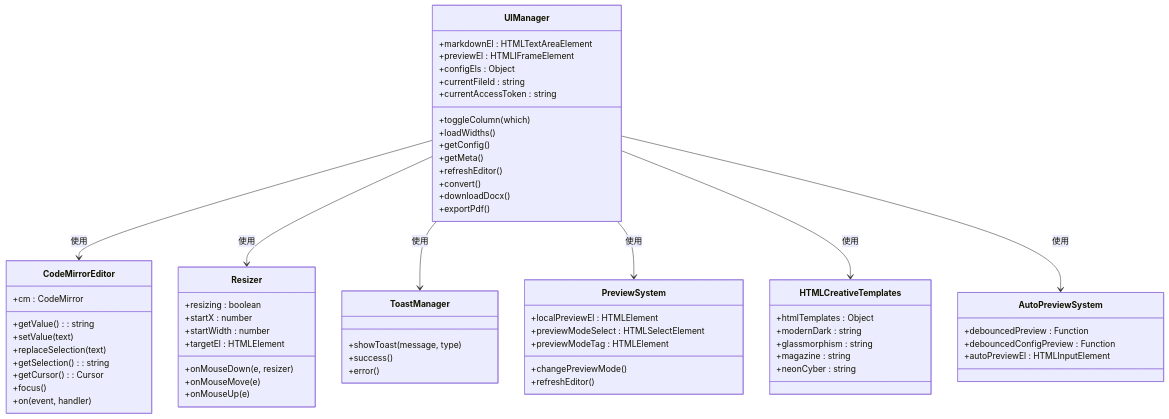
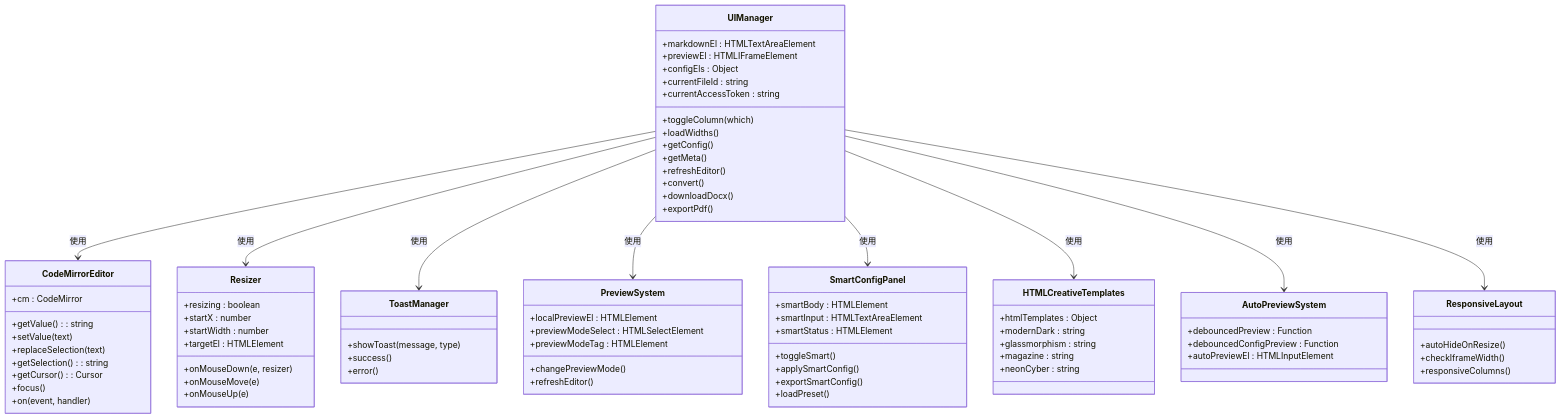
One commit to wanwushelie/markdown-to-word-studio changed the second of 18 diagrams in .lingma/repowiki/zh/content/用户指南/前端界面现代化.md. Above: the diagram before and after it, drawn with Mermaid. The commit also changed other lines of this file and 42 other files, not shown here.

````diff
--- a/.lingma/repowiki/zh/content/用户指南/前端界面现代化.md
+++ b/.lingma/repowiki/zh/content/用户指南/前端界面现代化.md
@@ -184,6 +196,15 @@
 +changePreviewMode()
 +refreshEditor()
 }
+class SmartConfigPanel {
++smartBody : HTMLElement
++smartInput : HTMLTextAreaElement
++smartStatus : HTMLElement
++toggleSmart()
++applySmartConfig()
++exportSmartConfig()
++loadPreset()
+}
 class HTMLCreativeTemplates {
 +htmlTemplates : Object
 +modernDark : string
@@ -196,10 +217,17 @@
 +debouncedConfigPreview : Function
 +autoPreviewEl : HTMLInputElement
 }
+class ResponsiveLayout {
++autoHideOnResize()
++checkIframeWidth()
++responsiveColumns()
+}
 UIManager --> CodeMirrorEditor : 使用
 UIManager --> Resizer : 使用
 UIManager --> ToastManager : 使用
 UIManager --> PreviewSystem : 使用
+UIManager --> SmartConfigPanel : 使用
 UIManager --> HTMLCreativeTemplates : 使用
 UIManager --> AutoPreviewSystem : 使用
+UIManager --> ResponsiveLayout : 使用
 ```
````
